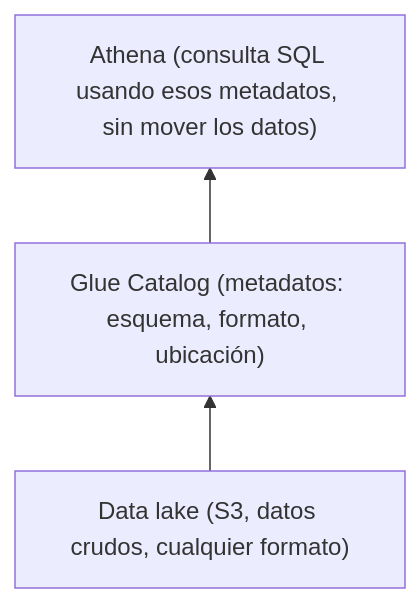
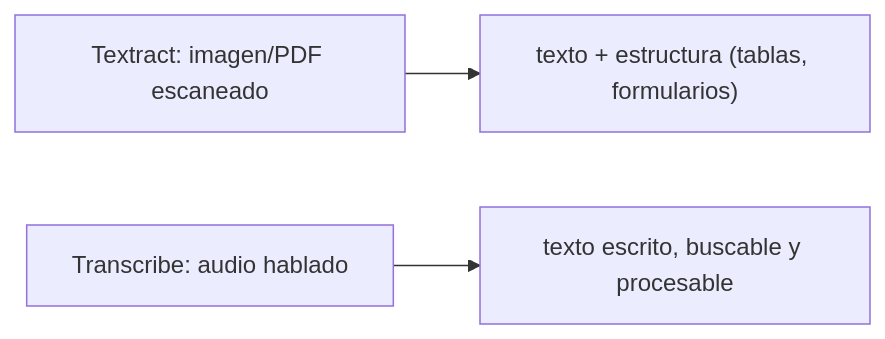
One commit to NICORUIZ93/The_Imperial_Book changed the first of 5 diagrams in web/public/content/cloud/modulo-19.md. Above: the diagram before and after it, drawn with Mermaid. The commit also changed other lines of this file and 305 other files, not shown here.

````diff
--- a/web/public/content/cloud/modulo-19.md
+++ b/web/public/content/cloud/modulo-19.md
@@ -16,5 +52,5 @@
 ```mermaid
-flowchart BT
-    A["Data lake (S3, datos crudos, cualquier formato)"] --> B["Glue Catalog (metadatos: esquema, formato, ubicación)"]
-    B --> C["Athena (consulta SQL usando esos metadatos, sin mover los datos)"]
+flowchart LR
+    A["Textract: imagen/PDF escaneado"] --> A1["texto + estructura (tablas, formularios)"]
+    B["Transcribe: audio hablado"] --> B1["texto escrito, buscable y procesable"]
 ```
````
